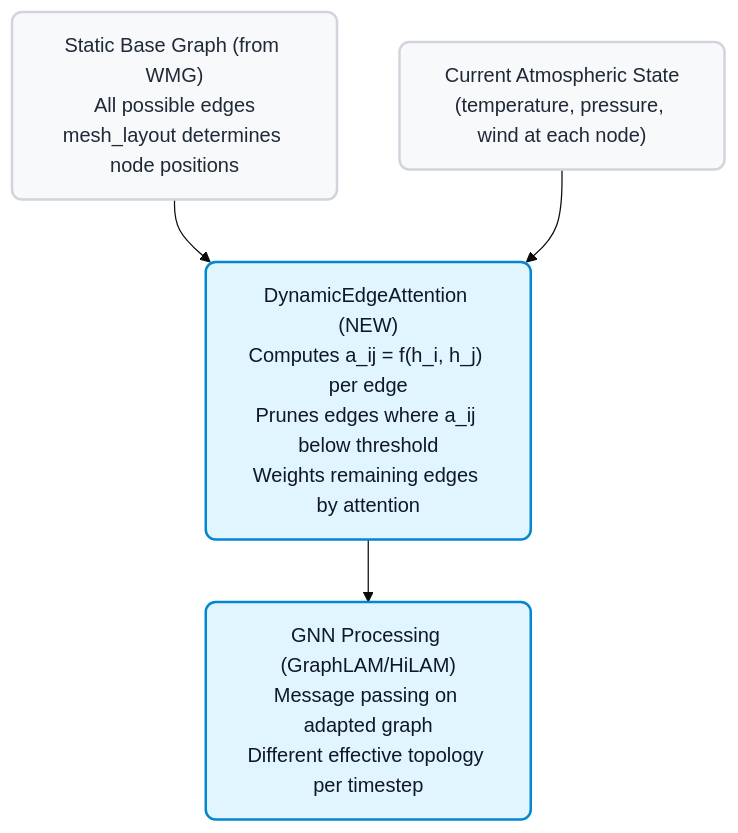
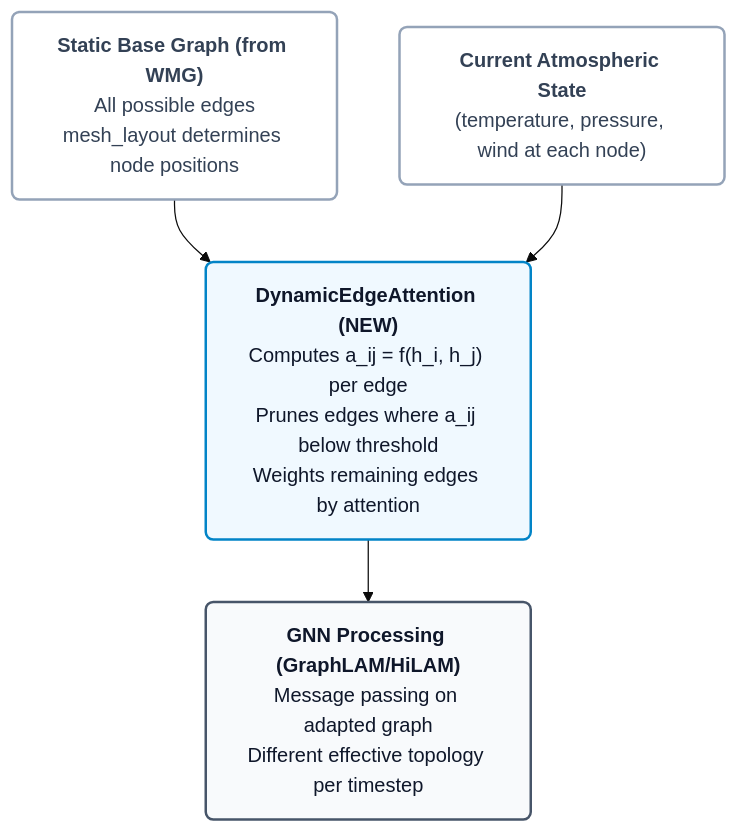
Diagram 11 of 11 in GSoC_Project_Created_By_Antigravity.md (prajwal-tech07/Gsoc_test), drawn with Mermaid (base theme) before and after one commit. The commit also changed other lines of this file, not shown here.

First line of the commit message:
Refactor mermaid diagrams and improve text clarity

````diff
--- a/GSoC_Project_Created_By_Antigravity.md
+++ b/GSoC_Project_Created_By_Antigravity.md
@@ -681,14 +770,19 @@
 ```mermaid
 flowchart TD
-    classDef default fill:#f8f9fa,stroke:#d1d5db,stroke-width:2px,rx:8px,color:#1f2937
-    classDef highlight fill:#e1f5fe,stroke:#0288d1,stroke-width:2px,rx:8px,color:#0f172a
+    %% Classic Professional Styling
+    classDef inputData fill:#ffffff,stroke:#94a3b8,stroke-width:2px,rx:6px,color:#334155
+    classDef newProcess fill:#f0f9ff,stroke:#0284c7,stroke-width:2px,rx:6px,color:#0f172a
+    classDef finalModel fill:#f8fafc,stroke:#475569,stroke-width:2px,rx:6px,color:#0f172a
 
-    BG["Static Base Graph (from WMG)\nAll possible edges\nmesh_layout determines node positions"]
-    WS["Current Atmospheric State\n(temperature, pressure, wind at each node)"]
-    DEA["DynamicEdgeAttention (NEW)\nComputes a_ij = f(h_i, h_j) per edge\nPrunes edges where a_ij below threshold\nWeights remaining edges by attention"]:::highlight
-    GNN["GNN Processing (GraphLAM/HiLAM)\nMessage passing on adapted graph\nDifferent effective topology per timestep"]:::highlight
+    BG["<b>Static Base Graph (from WMG)</b><br/>All possible edges<br/>mesh_layout determines node positions"]:::inputData
+    WS["<b>Current Atmospheric State</b><br/>(temperature, pressure, wind at each node)"]:::inputData
+    
+    DEA["<b>DynamicEdgeAttention (NEW)</b><br/>Computes a_ij = f(h_i, h_j) per edge<br/>Prunes edges where a_ij below threshold<br/>Weights remaining edges by attention"]:::newProcess
+    
+    GNN["<b>GNN Processing (GraphLAM/HiLAM)</b><br/>Message passing on adapted graph<br/>Different effective topology per timestep"]:::finalModel
 
+    %% Architecture flow
     BG --> DEA
     WS --> DEA
     DEA --> GNN
 ```
````
